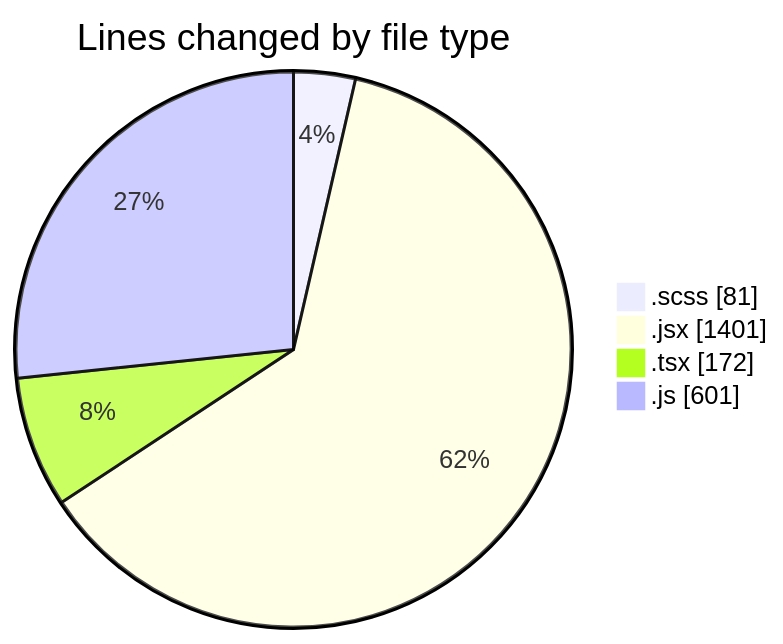
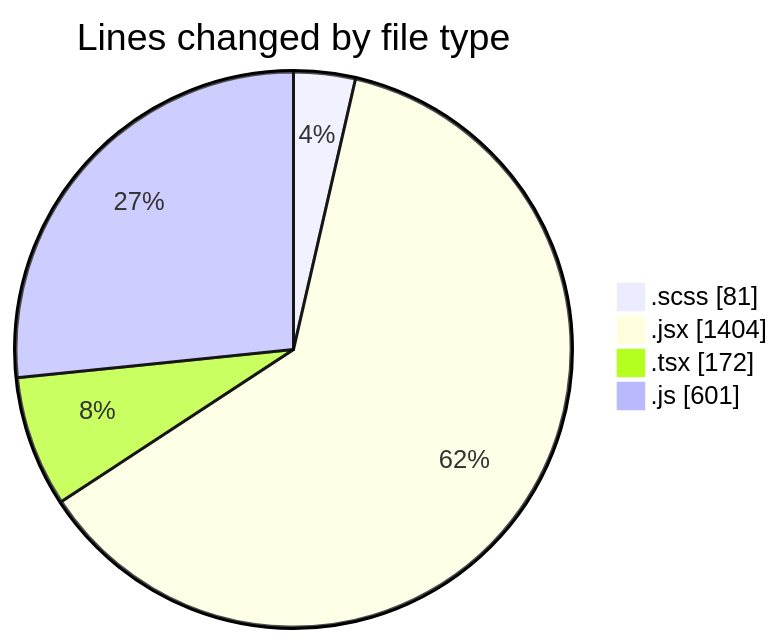
Before and after one commit to momahboobian/code-tracking: the first of 2 diagrams in 2025-06-03/cda/README.md, drawn with Mermaid. The commit also changed other lines of this file and 1 other file, not shown here.

````diff
--- a/2025-06-03/cda/README.md
+++ b/2025-06-03/cda/README.md
@@ -25,8 +25,8 @@
 ```mermaid
 pie showData
 title Lines changed by file type
 ".scss" : 81
-".jsx" : 1401
+".jsx" : 1404
 ".tsx" : 172
 ".js" : 601
 ```
````
